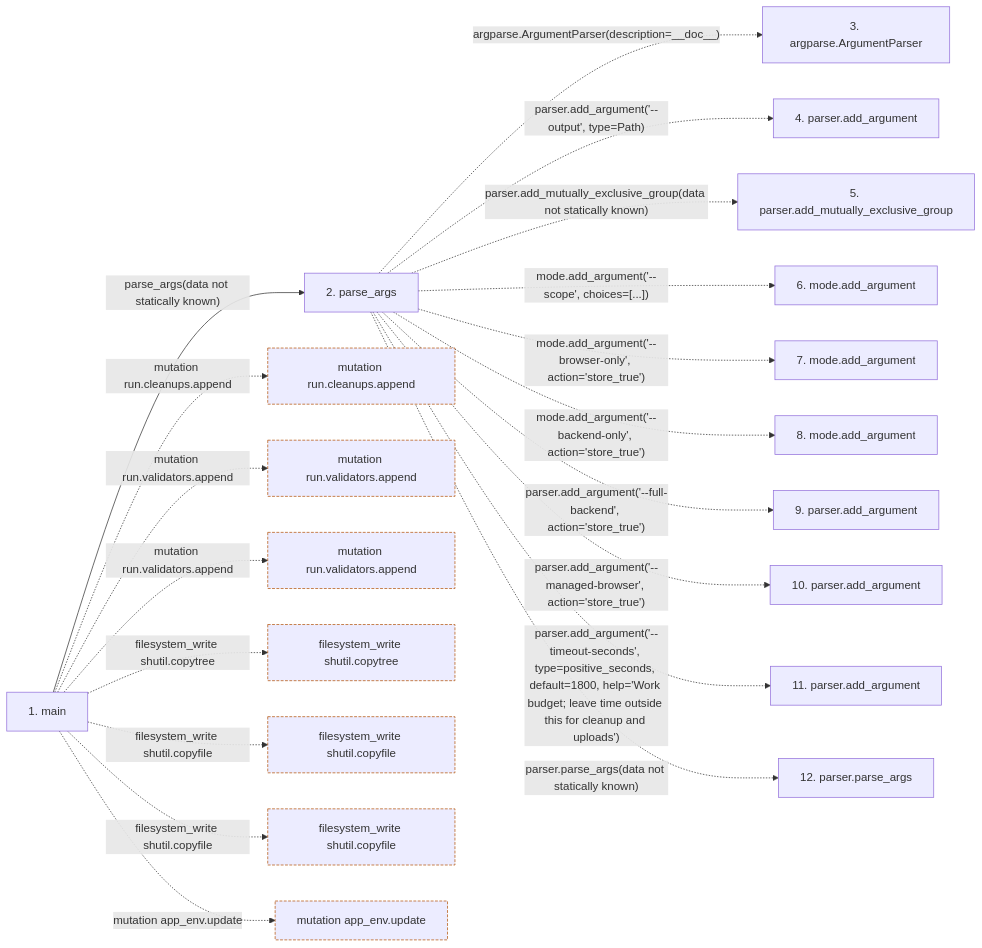
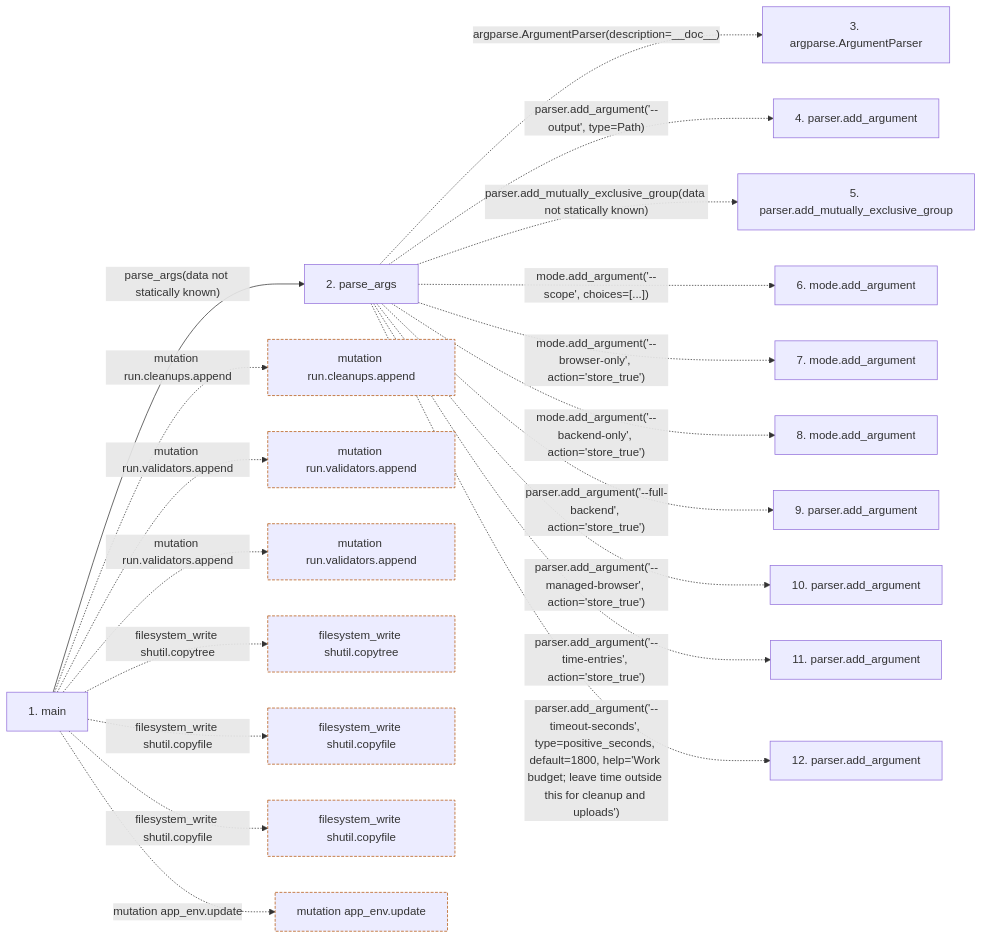
One commit to Denissvgn/WorkChord changed the second of 2 diagrams in docs/llm_wiki/flows/process-run_disposable_checks.md. Above: the diagram before and after it, drawn with Mermaid. The commit also changed other lines of this file and 392 other files, not shown here.

````diff
--- a/docs/llm_wiki/flows/process-run_disposable_checks.md
+++ b/docs/llm_wiki/flows/process-run_disposable_checks.md
@@ -74,50 +73,50 @@
 ```mermaid
 flowchart LR
     s1["1. main"]
     s2["2. parse_args"]
     s3["3. argparse.ArgumentParser"]
     s4["4. parser.add_argument"]
     s5["5. parser.add_mutually_exclusive_group"]
     s6["6. mode.add_argument"]
     s7["7. mode.add_argument"]
     s8["8. mode.add_argument"]
     s9["9. parser.add_argument"]
     s10["10. parser.add_argument"]
     s11["11. parser.add_argument"]
-    s12["12. parser.parse_args"]
+    s12["12. parser.add_argument"]
     s1 -->|"parse_args(data not statically known)"| s2
     s2 -. "argparse.ArgumentParser(description=__doc__)" .-> s3
     s2 -. "parser.add_argument('--output', type=Path)" .-> s4
     s2 -. "parser.add_mutually_exclusive_group(data not statically known)" .-> s5
     s2 -. "mode.add_argument('--scope', choices=[...])" .-> s6
     s2 -. "mode.add_argument('--browser-only', action='store_true')" .-> s7
     s2 -. "mode.add_argument('--backend-only', action='store_true')" .-> s8
     s2 -. "parser.add_argument('--full-backend', action='store_true')" .-> s9
     s2 -. "parser.add_argument('--managed-browser', action='store_true')" .-> s10
-    s2 -. "parser.add_argument('--timeout-seconds', type=positive_seconds, default=1800, help='Work budget; leave time outside this for cleanup and uploads')" .-> s11
-    s2 -. "parser.parse_args(data not statically known)" .-> s12
+    s2 -. "parser.add_argument('--time-entries', action='store_true')" .-> s11
+    s2 -. "parser.add_argument('--timeout-seconds', type=positive_seconds, default=1800, help='Work budget; leave time outside this for cleanup and uploads')" .-> s12
     b0["mutation run.cleanups.append"]
     s1 -. "mutation run.cleanups.append" .-> b0
     b1["mutation run.validators.append"]
     s1 -. "mutation run.validators.append" .-> b1
     b2["mutation run.validators.append"]
     s1 -. "mutation run.validators.append" .-> b2
     b3["filesystem_write shutil.copytree"]
     s1 -. "filesystem_write shutil.copytree" .-> b3
     b4["filesystem_write shutil.copyfile"]
     s1 -. "filesystem_write shutil.copyfile" .-> b4
     b5["filesystem_write shutil.copyfile"]
     s1 -. "filesystem_write shutil.copyfile" .-> b5
     b6["mutation app_env.update"]
     s1 -. "mutation app_env.update" .-> b6
     click s1 "../modules/run_disposable_checks.md"
     click s2 "../modules/run_disposable_checks.md"
     classDef boundary stroke:#b45309,stroke-dasharray: 4 2
     class b0 boundary
     class b1 boundary
     class b2 boundary
     class b3 boundary
     class b4 boundary
     class b5 boundary
     class b6 boundary
 ```
````
